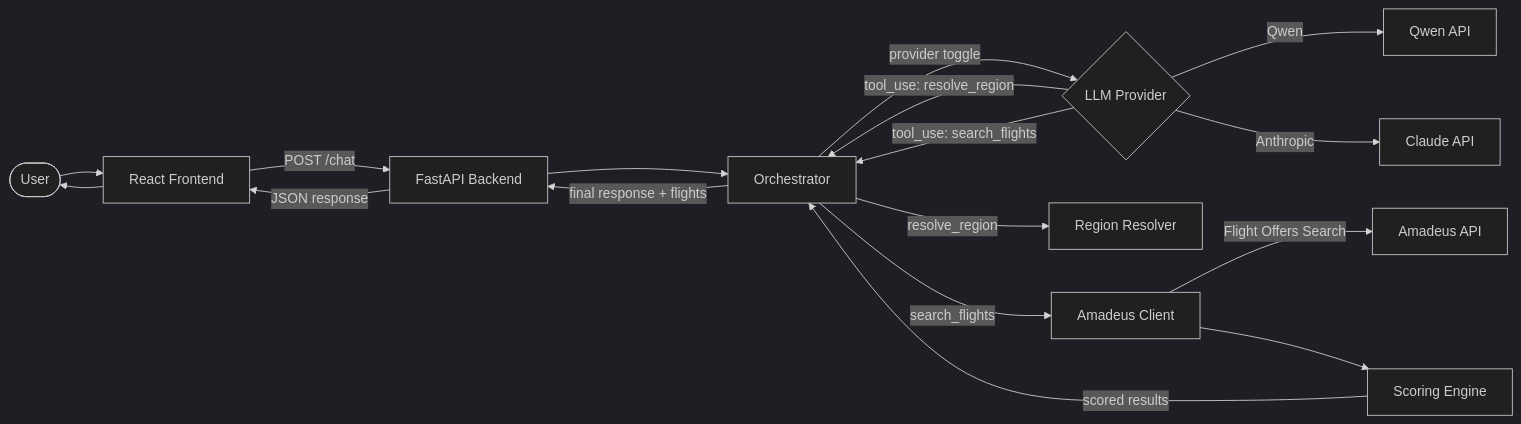
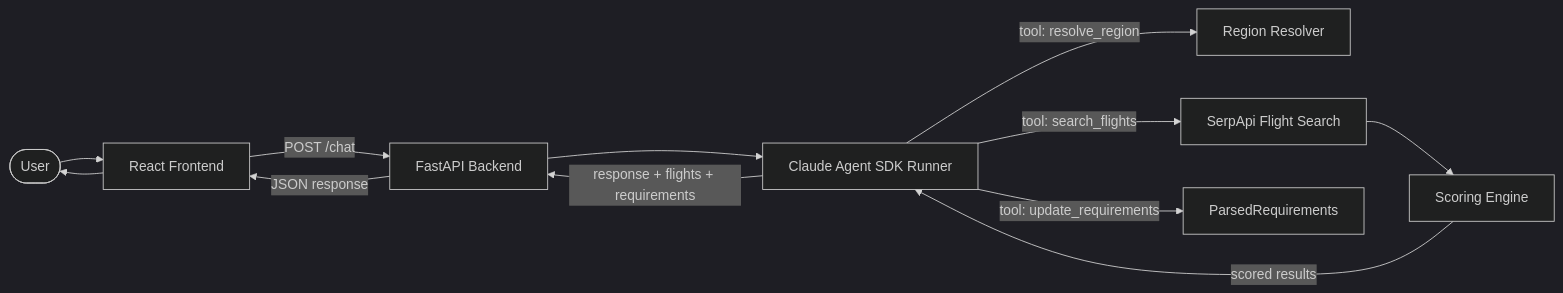
Before and after one commit to boaz-ng/traveling-salesmen: the diagram in docs/ARCHITECTURE.md, drawn with Mermaid (dark theme). The commit also changed other lines of this file and 6 other files, not shown here.

````diff
--- a/docs/ARCHITECTURE.md
+++ b/docs/ARCHITECTURE.md
@@ -9,19 +9,14 @@
 ```mermaid
 flowchart LR
     User([User]) --> Frontend[React Frontend]
     Frontend -->|POST /chat| FastAPI[FastAPI Backend]
-    FastAPI --> Orchestrator[Orchestrator]
-    Orchestrator -->|provider toggle| Provider{LLM Provider}
-    Provider -->|Qwen| Qwen[Qwen API]
-    Provider -->|Anthropic| Claude[Claude API]
-    Provider -->|tool_use: resolve_region| Orchestrator
-    Provider -->|tool_use: search_flights| Orchestrator
-    Orchestrator -->|resolve_region| Regions[Region Resolver]
-    Orchestrator -->|search_flights| AmadeusClient[Amadeus Client]
-    AmadeusClient -->|Flight Offers Search| Amadeus[Amadeus API]
-    AmadeusClient --> Scoring[Scoring Engine]
-    Scoring -->|scored results| Orchestrator
-    Orchestrator -->|final response + flights| FastAPI
+    FastAPI --> AgentRunner[Claude Agent SDK Runner]
+    AgentRunner -->|tool: resolve_region| Regions[Region Resolver]
+    AgentRunner -->|tool: search_flights| SerpApi[SerpApi Flight Search]
+    AgentRunner -->|tool: update_requirements| ParsedReqs[ParsedRequirements]
+    SerpApi --> Scoring[Scoring Engine]
+    Scoring -->|scored results| AgentRunner
+    AgentRunner -->|response + flights + requirements| FastAPI
     FastAPI -->|JSON response| Frontend
     Frontend --> User
 ```
````
